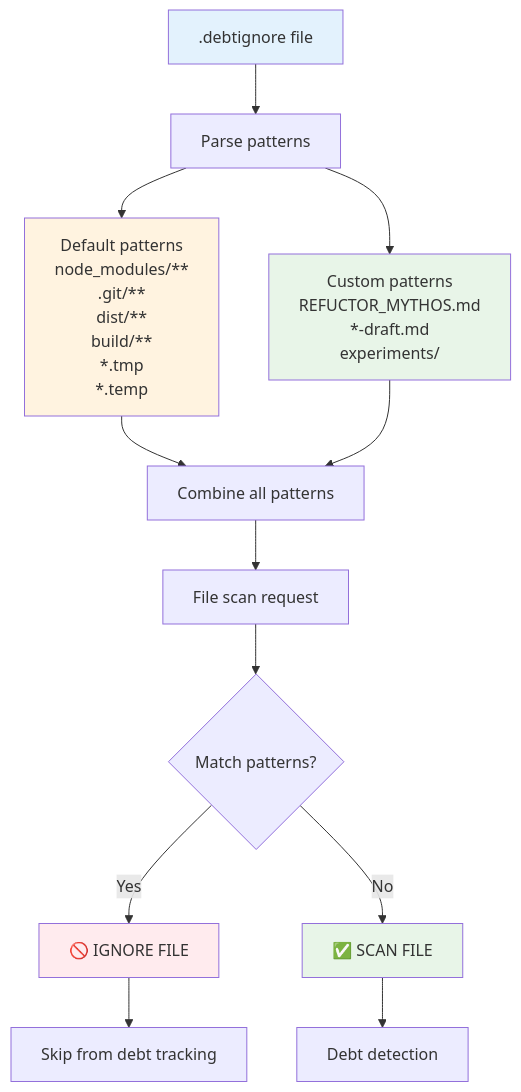
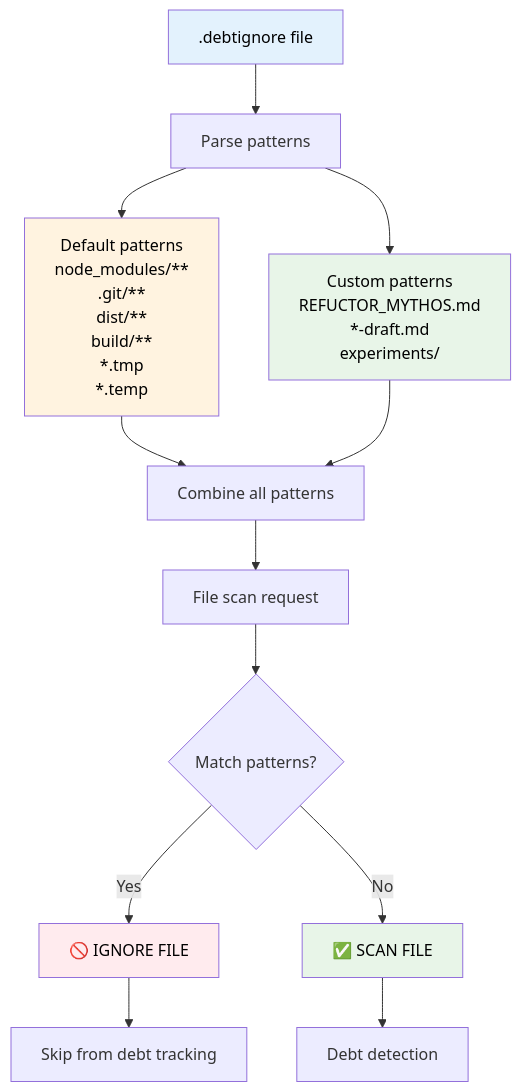
One commit to Jason-Vaughan/refuctor changed the ninth of 21 diagrams in REFUCTOR_MYTHOS.md. Above: the diagram before and after it, drawn with Mermaid. The commit also changed other lines of this file and 8 other files, not shown here.

````diff
--- a/REFUCTOR_MYTHOS.md
+++ b/REFUCTOR_MYTHOS.md
@@ -185,22 +434,22 @@
 ```mermaid
 flowchart TD
     A[".debtignore file"] --> B["Parse patterns"]
     B --> C["Default patterns<br/>node_modules/**<br/>.git/**<br/>dist/**<br/>build/**<br/>*.tmp<br/>*.temp"]
     B --> D["Custom patterns<br/>REFUCTOR_MYTHOS.md<br/>*-draft.md<br/>experiments/"]
     
     C --> E["Combine all patterns"]
     D --> E
     E --> F["File scan request"]
     F --> G{"Match patterns?"}
     G -->|Yes| H["🚫 IGNORE FILE"]
     G -->|No| I["✅ SCAN FILE"]
     
     I --> J["Debt detection"]
     H --> K["Skip from debt tracking"]
     
-    style A fill:#e3f2fd
-    style C fill:#fff3e0
-    style D fill:#e8f5e8
-    style H fill:#ffebee
-    style I fill:#e8f5e8
+    style A fill:#e3f2fd,color:#000000
+    style C fill:#fff3e0,color:#000000
+    style D fill:#e8f5e8,color:#000000
+    style H fill:#ffebee,color:#000000
+    style I fill:#e8f5e8,color:#000000
 ```
````
